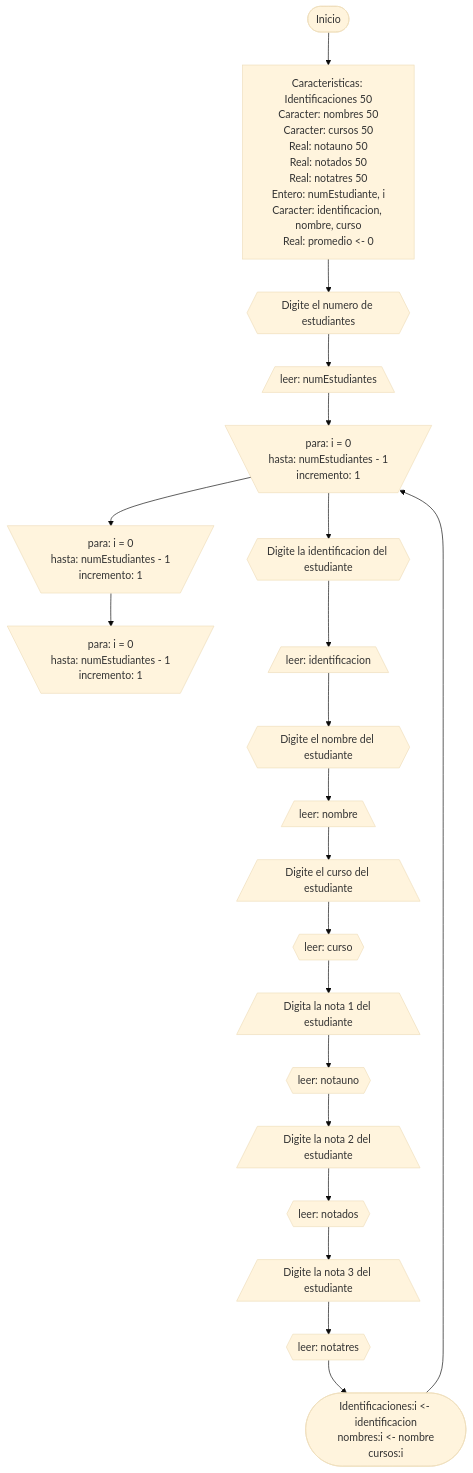
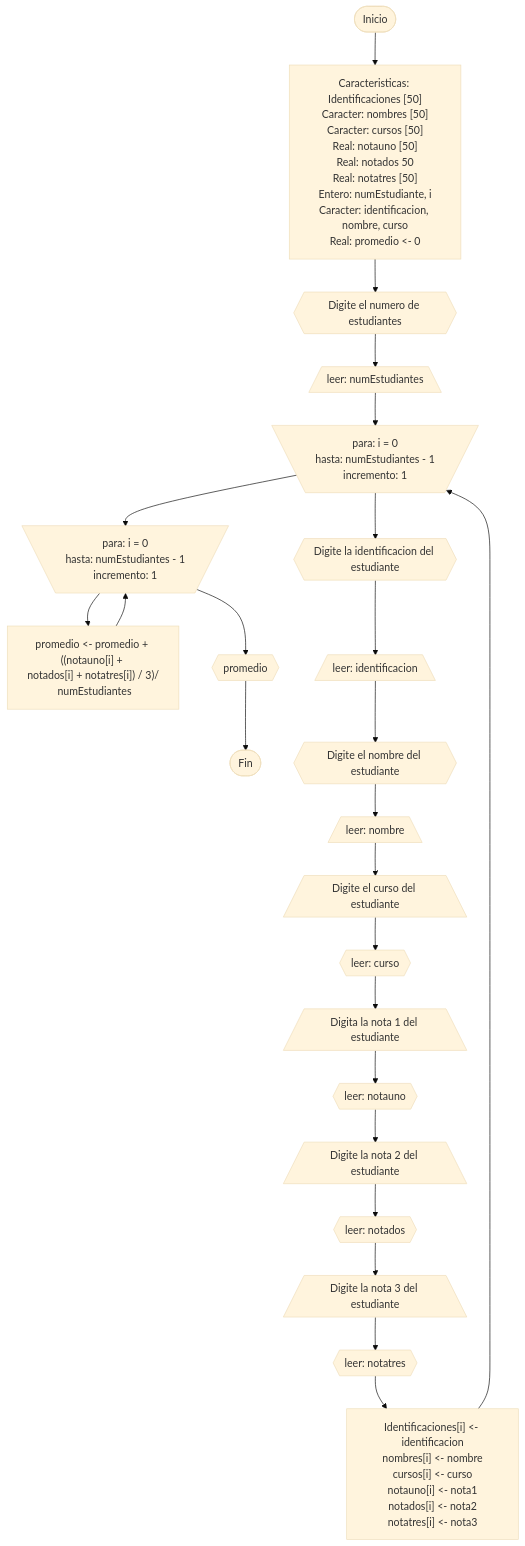
Before and after one commit to Samuel-Novoa/proyecto-base: the diagram in README.md, drawn with Mermaid (base theme). The commit also changed other lines of this file, not shown here.

````diff
--- a/README.md
+++ b/README.md
@@ -2,9 +57,11 @@
 ```mermaid
-flowchart TB
-    A([Inicio]) --> B[Caracteristicas: Identificaciones 50<br>Caracter: nombres 50<br>Caracter: cursos 50<br>Real: notauno 50<br>Real: notados 50<br>Real: notatres 50<br>Entero: numEstudiante, i<br>Caracter: identificacion, nombre, curso<br>Real: promedio <- 0] --> C{{Digite el numero de estudiantes}} --> D[/leer: numEstudiantes\] --> E[\para: i = 0<br>hasta: numEstudiantes - 1<br>incremento: 1/];
+flowchart TD;
+    A([Inicio]) --> B["Caracteristicas: Identificaciones [50]<br>Caracter: nombres [50]<br>Caracter: cursos [50]<br>Real: notauno [50]<br>Real: notados 50<br>Real: notatres [50]<br>Entero: numEstudiante, i<br>Caracter: identificacion, nombre, curso<br>Real: promedio <- 0"] --> C{{Digite el numero de estudiantes}} --> D[/leer: numEstudiantes\] --> E[\para: i = 0<br>hasta: numEstudiantes - 1<br>incremento: 1/];
     E --> F[\para: i = 0<br>hasta: numEstudiantes - 1<br>incremento: 1/];
-    F --> G1[\para: i = 0<br>hasta: numEstudiantes - 1<br>incremento: 1/];
-    G([Identificaciones:i <- identificacion<br>nombres:i <- nombre<br>cursos:i]) --> E
+    F --> G1["promedio <- promedio + ((notauno[i] + <br>notados[i] + notatres[i]) / 3)/<br> numEstudiantes"];
+    G1 --> F;
+    F --> H1{{promedio}} --> I1([Fin]);
+    G["Identificaciones[i] <- identificacion<br>nombres[i] <- nombre<br>cursos[i] <- curso<br>notauno[i] <- nota1<br>notados[i] <- nota2<br>notatres[i] <- nota3"] --> E
     E --> H{{Digite la identificacion del estudiante}} --> I[/leer: identificacion\] --> J{{Digite el nombre del estudiante}} --> K[/leer: nombre\] --> L[/Digite el curso del estudiante\] --> M{{leer: curso}} --> N[/Digita la nota 1 del estudiante\] --> O{{leer: notauno}} --> P[/Digite la nota 2 del estudiante\] --> Q{{leer: notados}} --> R[/Digite la nota 3 del estudiante\] --> S{{leer: notatres}};
     S --> G;
 ```
````
